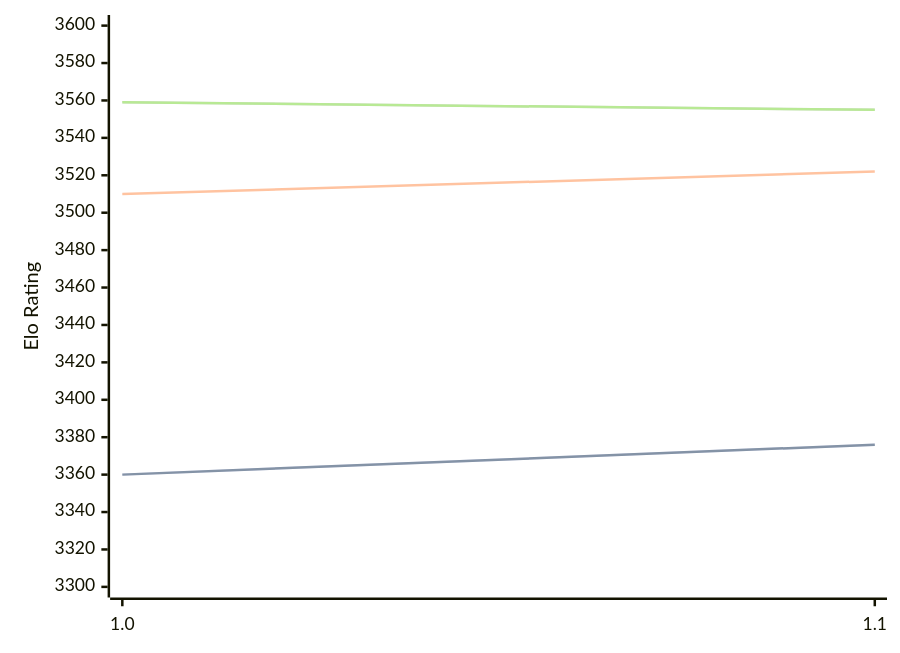
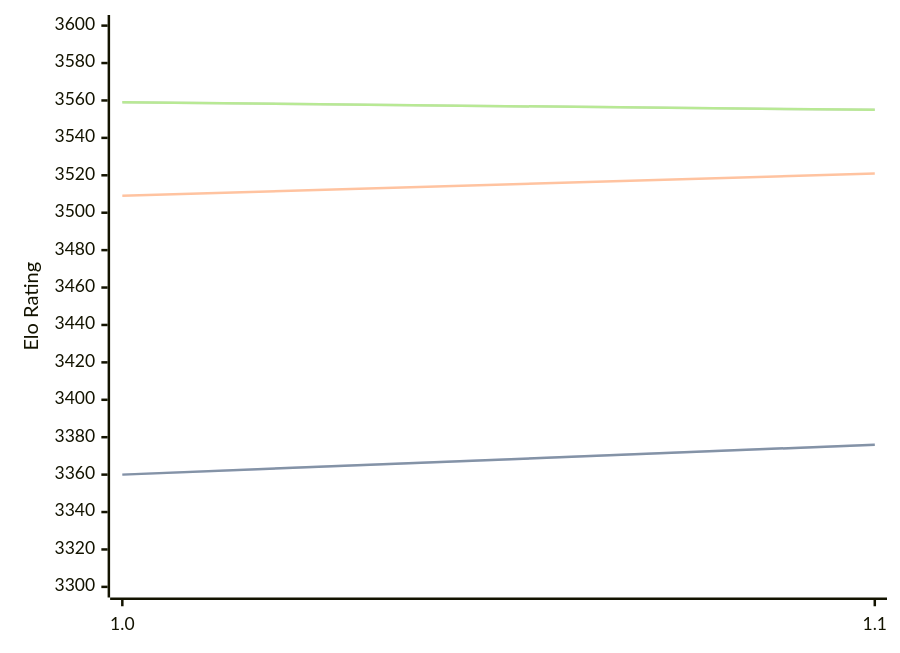
The diagram in engines/Horsie.md (computer-chess-index/cci), drawn with Mermaid before and after one commit. The commit also changed other lines of this file, not shown here.

````diff
--- a/engines/Horsie.md
+++ b/engines/Horsie.md
@@ -32,11 +32,11 @@
 ```mermaid
 %%{init: {"theme":"base","themeVariables":{"seriesColors:['#a3a3a3','#222221','#faa371']}}}%%
 xychart-beta
   x-axis ["1.0", "1.1"]
   y-axis "Elo Rating" 3300 --> 3600
   line "STC (8.0+0.08s)" [3360, 3376]
   line "STC (8.0+0.08s)" [3360, 3376]
-  line "LTC (60.0+0.60s)" [3510, 3522]
+  line "LTC (60.0+0.60s)" [3509, 3521]
   line "VLTC (2m24s+1.12s)" [3559, 3555]
   line "VLTC (2m24s+1.12s)" [3559, 3555]
 ```
````
